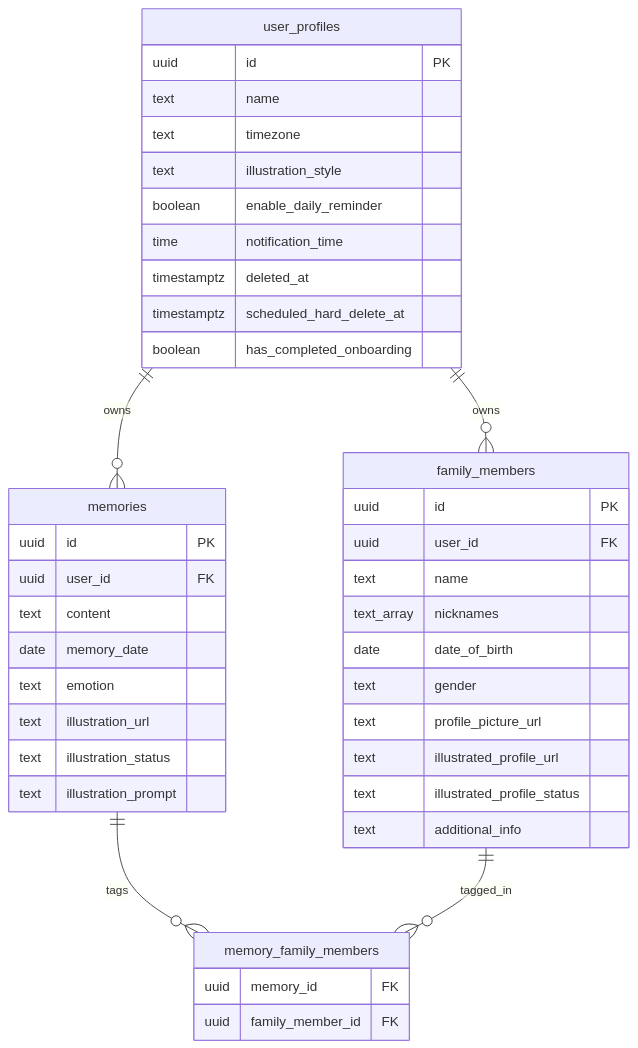
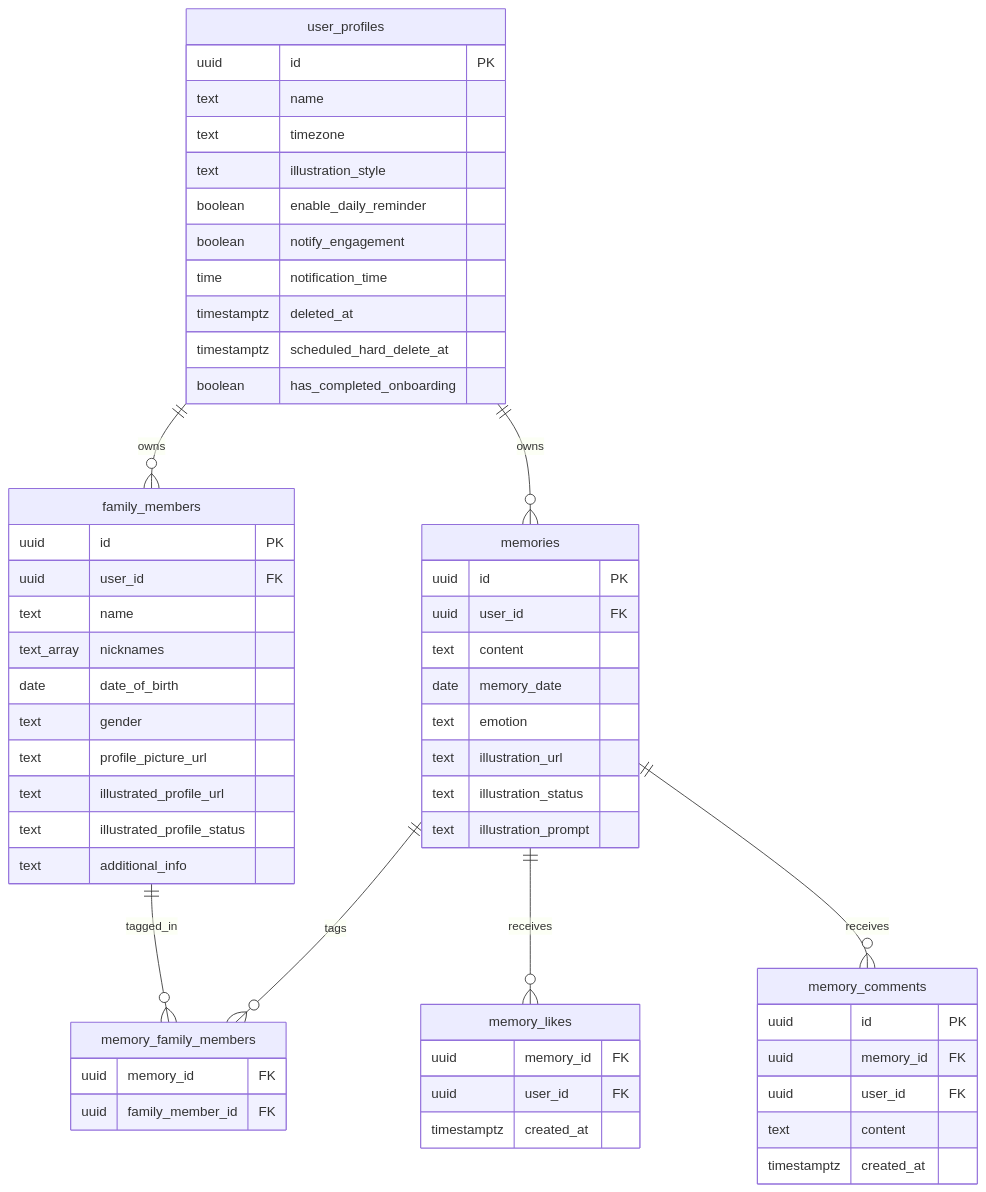
One commit to eduardoyi/newmomora changed the fourth of 6 diagrams in docs/PRD.md. Above: the diagram before and after it, drawn with Mermaid. The commit also changed other lines of this file and 38 other files, not shown here.

Commit message:
Add memory likes and comments

````diff
--- a/docs/PRD.md
+++ b/docs/PRD.md
@@ -575,48 +600,65 @@
 ```mermaid
 erDiagram
     user_profiles ||--o{ family_members : owns
     user_profiles ||--o{ memories : owns
     memories ||--o{ memory_family_members : tags
     family_members ||--o{ memory_family_members : tagged_in
+    memories ||--o{ memory_likes : receives
+    memories ||--o{ memory_comments : receives
 
     user_profiles {
         uuid id PK
         text name
         text timezone
         text illustration_style
         boolean enable_daily_reminder
+        boolean notify_engagement
         time notification_time
         timestamptz deleted_at
         timestamptz scheduled_hard_delete_at
         boolean has_completed_onboarding
     }
 
     family_members {
         uuid id PK
         uuid user_id FK
         text name
         text_array nicknames
         date date_of_birth
         text gender
         text profile_picture_url
         text illustrated_profile_url
         text illustrated_profile_status
         text additional_info
     }
 
     memories {
         uuid id PK
         uuid user_id FK
         text content
         date memory_date
         text emotion
         text illustration_url
         text illustration_status
         text illustration_prompt
     }
 
     memory_family_members {
         uuid memory_id FK
         uuid family_member_id FK
     }
+
+    memory_likes {
+        uuid memory_id FK
+        uuid user_id FK
+        timestamptz created_at
+    }
+
+    memory_comments {
+        uuid id PK
+        uuid memory_id FK
+        uuid user_id FK
+        text content
+        timestamptz created_at
+    }
 ```
````
